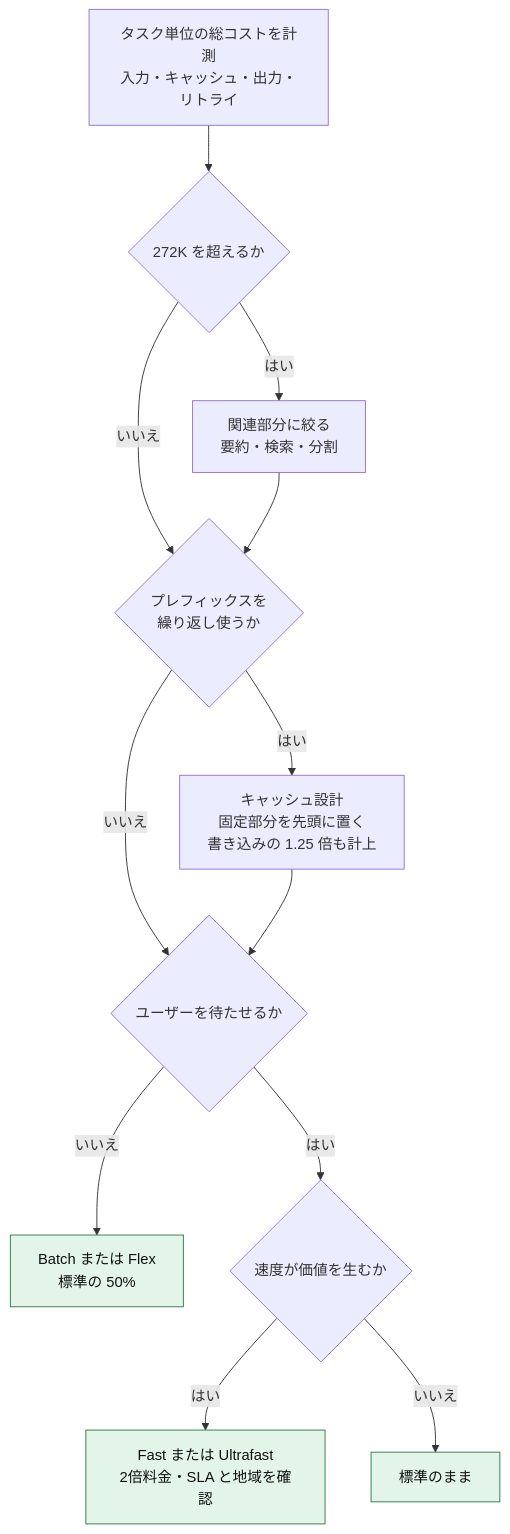
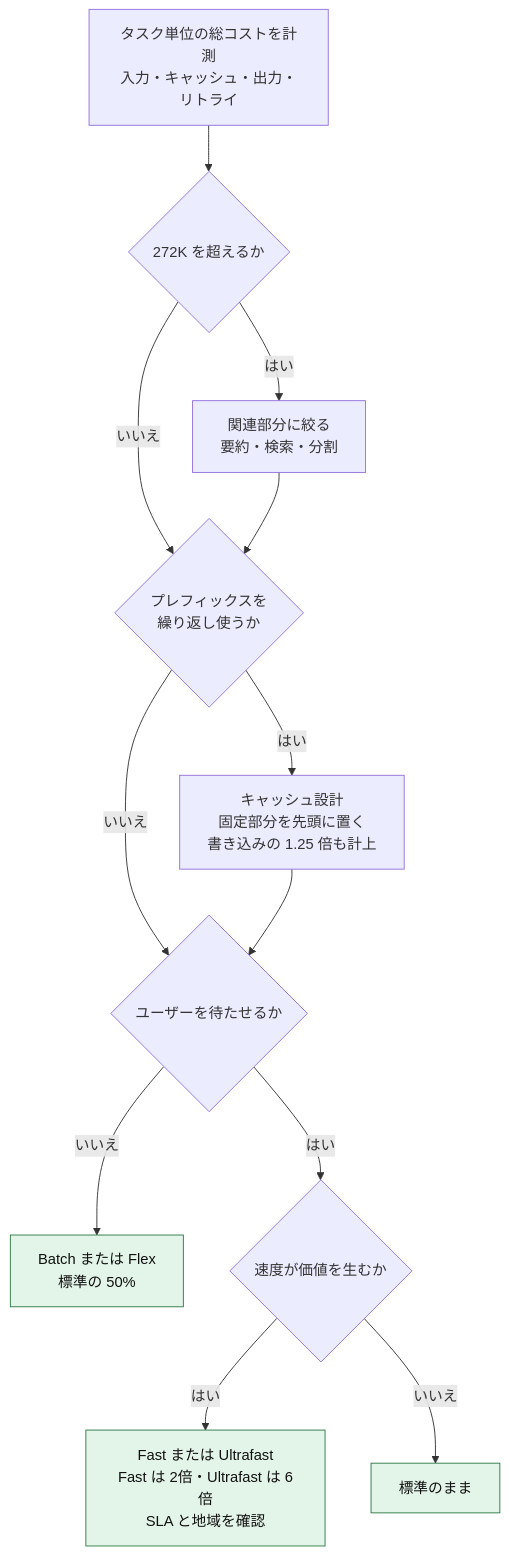
The tenth of 12 diagrams in Openai-gpt-6-astra-best-practices-guide.md (myoshi2891/Comparison-of-LLMs), drawn with Mermaid before and after one commit. The commit also changed other lines of this file, not shown here.

Commit message:
docs(openai): update mid-turn steering scope and Ultrafast pricing in GPT-6 Astra guide

````diff
--- a/Openai-gpt-6-astra-best-practices-guide.md
+++ b/Openai-gpt-6-astra-best-practices-guide.md
@@ -639,16 +639,16 @@
 ```mermaid
 flowchart TB
   A["タスク単位の総コストを計測<br/>入力・キャッシュ・出力・リトライ"] --> B{"272K を超えるか"}
   B -- "はい" --> C["関連部分に絞る<br/>要約・検索・分割"]
   B -- "いいえ" --> D{"プレフィックスを<br/>繰り返し使うか"}
   C --> D
   D -- "はい" --> E["キャッシュ設計<br/>固定部分を先頭に置く<br/>書き込みの 1.25 倍も計上"]
   D -- "いいえ" --> F{"ユーザーを待たせるか"}
   E --> F
   F -- "いいえ" --> G["Batch または Flex<br/>標準の 50%"]
   F -- "はい" --> H{"速度が価値を生むか"}
-  H -- "はい" --> I["Fast または Ultrafast<br/>2倍料金・SLA と地域を確認"]
+  H -- "はい" --> I["Fast または Ultrafast<br/>Fast は 2倍・Ultrafast は 6倍<br/>SLA と地域を確認"]
   H -- "いいえ" --> J["標準のまま"]
   classDef ok fill:#e3f4e8,stroke:#2d7a46,color:#111
   class G,I,J ok
 ```
````
